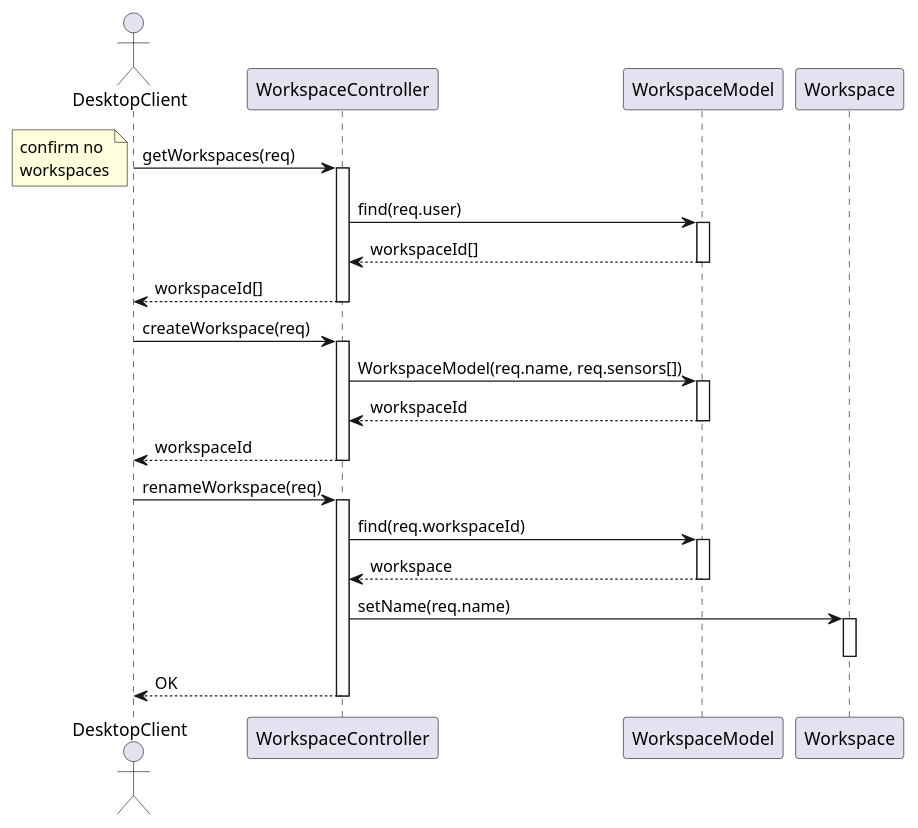
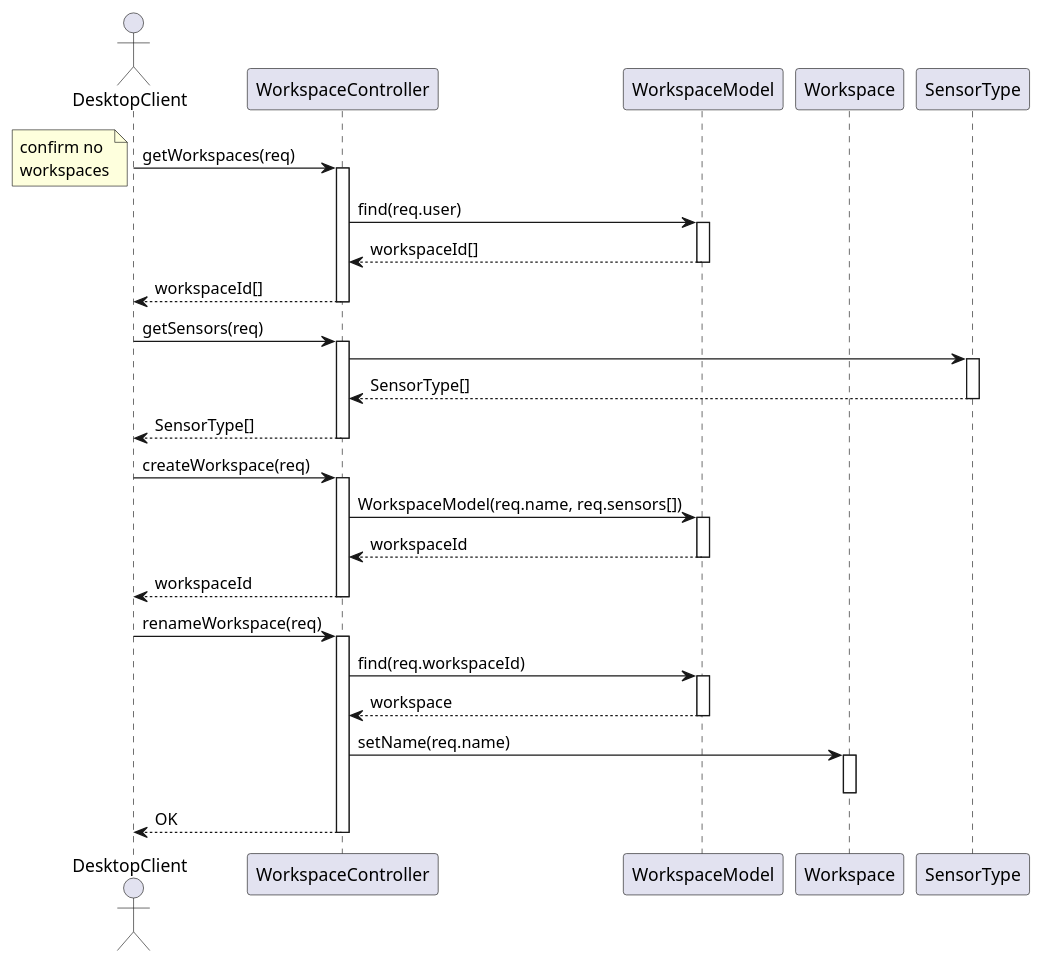
One commit to PSE-TECO-2020-TEAM1/e2e-ml_docs changed the diagram in Design/sequence-diagrams/workspace_management_create_and_rename.pu. Above: the diagram before and after it, drawn with PlantUML. The commit also changed 5 other files, not shown here.

```diff
--- a/Design/sequence-diagrams/workspace_management_create_and_rename.pu
+++ b/Design/sequence-diagrams/workspace_management_create_and_rename.pu
@@ -1,28 +1,34 @@
 @startuml Workspace Management Create and Rename Workspace
 autoactivate on
 
 actor DesktopClient as client
 
 participant WorkspaceController as wc
 participant WorkspaceModel as wm
 participant Workspace
 
 client -> wc: getWorkspaces(req)
 note left: confirm no\nworkspaces
 wc -> wm: find(req.user)
 return workspaceId[]
 return workspaceId[]
 
+participant SensorType
+client -> wc: getSensors(req)
+wc -> SensorType
+return SensorType[]
+return SensorType[]
+
 client -> wc: createWorkspace(req)
 wc -> wm: WorkspaceModel(req.name, req.sensors[])
 return workspaceId
 return workspaceId
 
 client -> wc: renameWorkspace(req)
 wc -> wm: find(req.workspaceId)
 return workspace
 wc-> Workspace: setName(req.name)
 deactivate
 return OK
 
 @enduml
```
